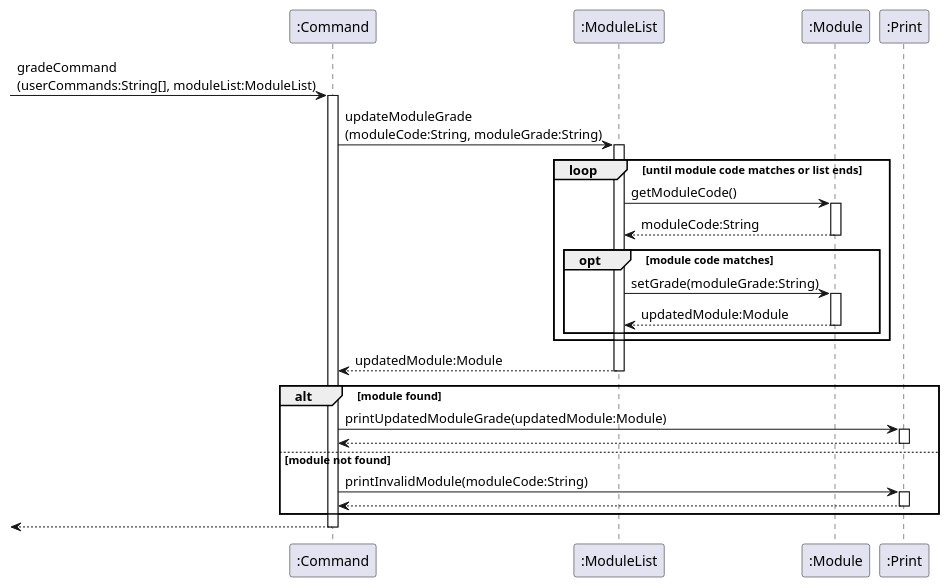
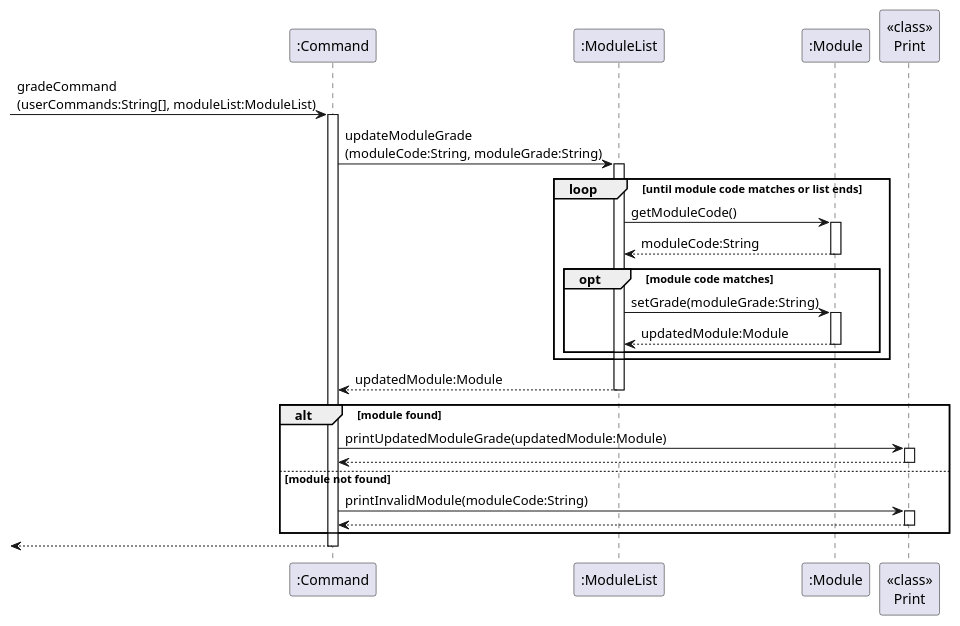
Before and after one commit to saintzaw/tp: the diagram in docs/diagrams/GradeCommand.puml, drawn with PlantUML. The commit also changed 1 other file, not shown here.

Commit message:
edit grade command diagram

```diff
--- a/docs/diagrams/GradeCommand.puml
+++ b/docs/diagrams/GradeCommand.puml
@@ -1,43 +1,43 @@
 @startuml
 
 participant ":Command" as Command
 participant ":ModuleList" as ML
 participant ":Module" as Mod
-participant ":Print" as Print
+participant "<<class>>\nPrint" as Print
 
 [->Command : gradeCommand\n(userCommands:String[], moduleList:ModuleList)
 activate Command
 Command->ML : updateModuleGrade\n(moduleCode:String, moduleGrade:String)
 
 activate ML
 loop until module code matches or list ends
     ML -> Mod : getModuleCode()
     activate Mod
     Mod --> ML : moduleCode:String
     deactivate Mod
     opt module code matches
     ML -> Mod : setGrade(moduleGrade:String)
     activate Mod
     Mod --> ML : updatedModule:Module
     deactivate Mod
     end
 end
 ML --> Command : updatedModule:Module
 deactivate ML
 
 alt module found
     Command -> Print : printUpdatedModuleGrade(updatedModule:Module)
     activate Print
     Print --> Command
     deactivate Print
 else module not found
     Command -> Print : printInvalidModule(moduleCode:String)
     activate Print
     Print --> Command
     deactivate Print
 end
 
 Command-->[
 deactivate Command
 
 @enduml
```
